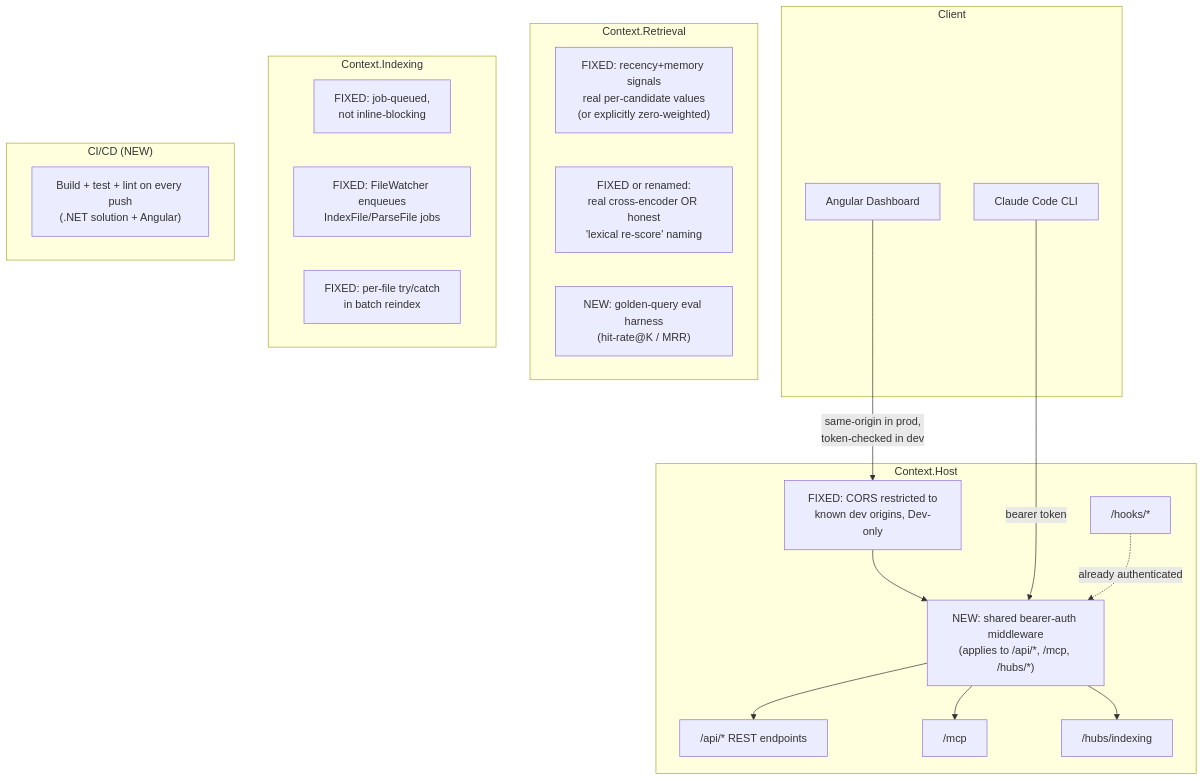
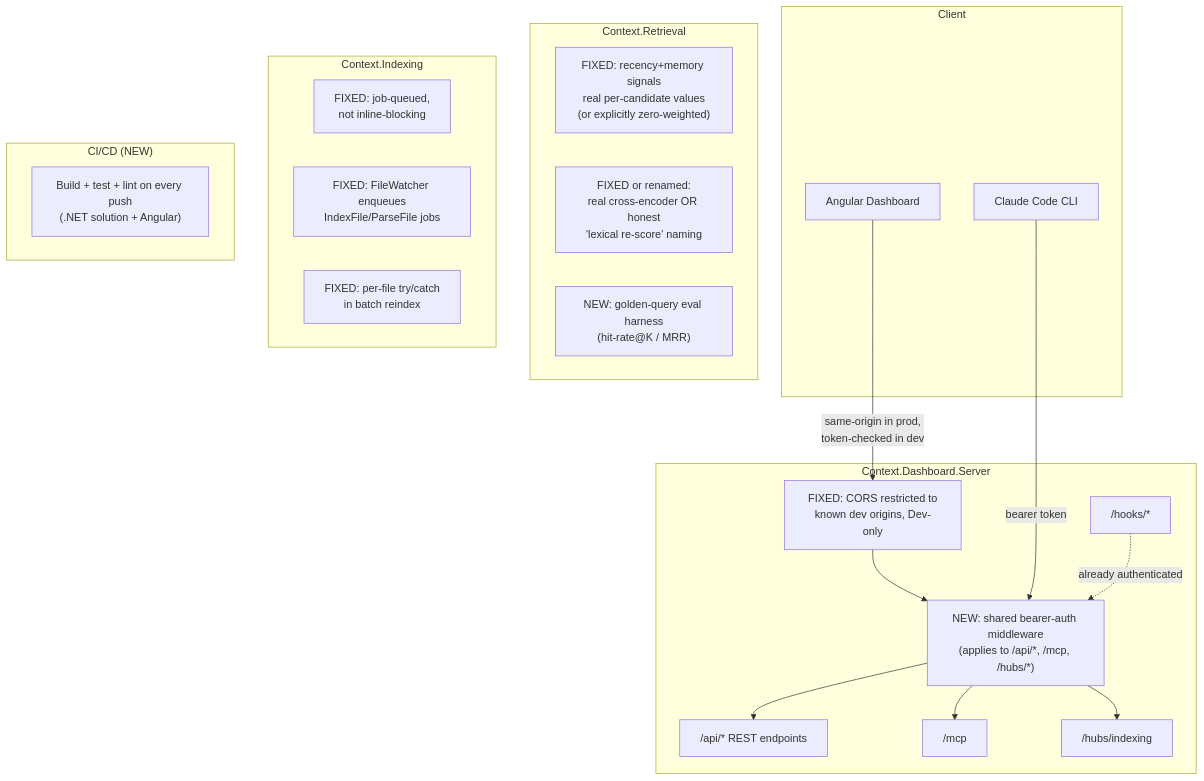
Before and after one commit to dellik95/context-platform: the second of 2 diagrams in docs/architecture/ARCHITECTURE_ASSESSMENT.md, drawn with Mermaid. The commit also changed other lines of this file and 116 other files, not shown here.

````diff
--- a/docs/architecture/ARCHITECTURE_ASSESSMENT.md
+++ b/docs/architecture/ARCHITECTURE_ASSESSMENT.md
@@ -311,40 +311,40 @@
 ```mermaid
 graph TB
     subgraph Client
         Dashboard["Angular Dashboard"]
         ClaudeCode["Claude Code CLI"]
     end
 
-    subgraph "Context.Host"
+    subgraph "Context.Dashboard.Server"
         AuthMw["NEW: shared bearer-auth middleware<br/>(applies to /api/*, /mcp, /hubs/*)"]
         REST["/api/* REST endpoints"]
         MCP["/mcp"]
         Hooks["/hooks/*"]
         SignalR["/hubs/indexing"]
         CorsPolicy["FIXED: CORS restricted to<br/>known dev origins, Dev-only"]
     end
 
     subgraph "Context.Retrieval"
         HybridScorer["FIXED: recency+memory signals<br/>real per-candidate values<br/>(or explicitly zero-weighted)"]
         Reranker["FIXED or renamed:<br/>real cross-encoder OR honest<br/>'lexical re-score' naming"]
         EvalHarness["NEW: golden-query eval harness<br/>(hit-rate@K / MRR)"]
     end
 
     subgraph "Context.Indexing"
         FileSummarizer["FIXED: job-queued,<br/>not inline-blocking"]
         JobWiring["FIXED: FileWatcher enqueues<br/>IndexFile/ParseFile jobs"]
         ErrorIsolation["FIXED: per-file try/catch<br/>in batch reindex"]
     end
 
     subgraph "CI/CD (NEW)"
         Pipeline["Build + test + lint on every push<br/>(.NET solution + Angular)"]
     end
 
     Dashboard -->|same-origin in prod,<br/>token-checked in dev| CorsPolicy
     CorsPolicy --> AuthMw
     ClaudeCode -->|bearer token| AuthMw
     AuthMw --> REST
     AuthMw --> MCP
     AuthMw --> SignalR
     Hooks -.->|already authenticated| AuthMw
 ```
````
